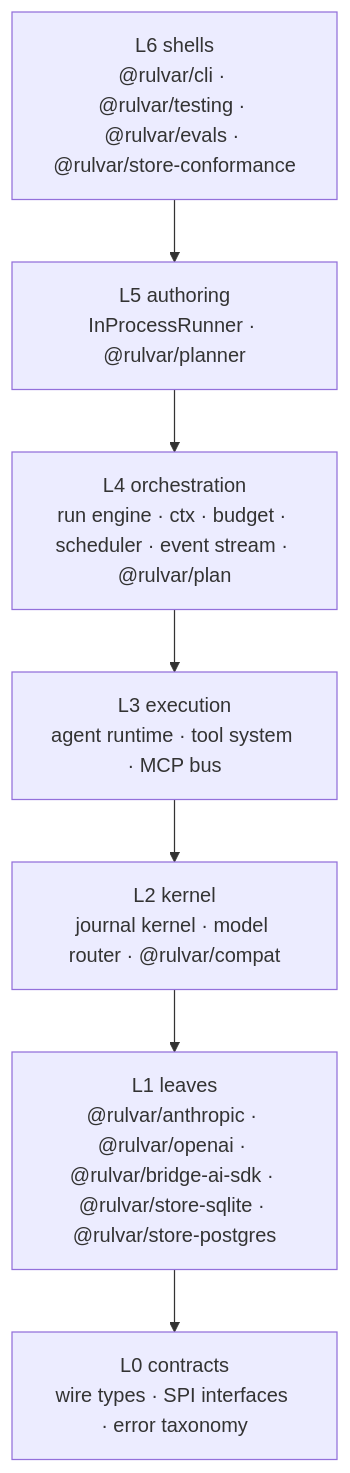
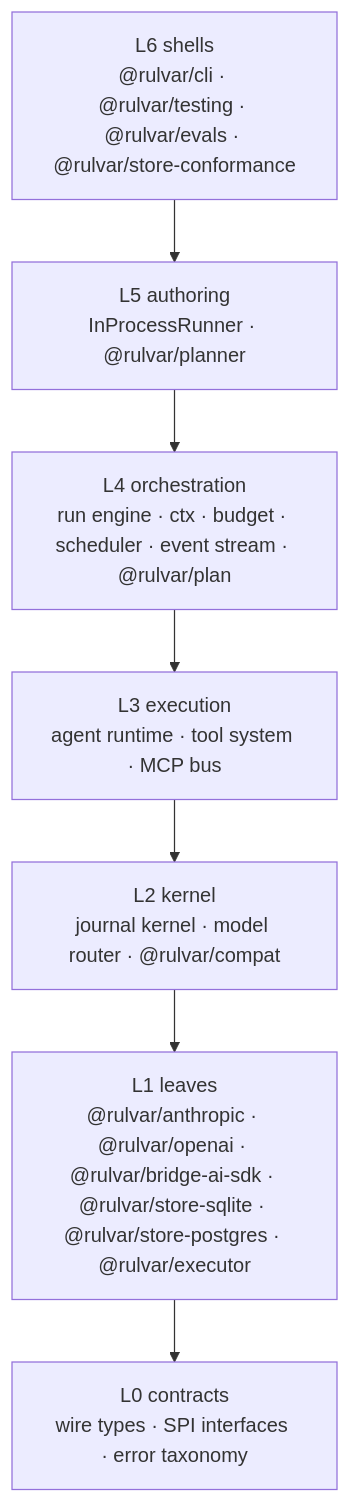
Before and after one commit to o-stepper/rulvar: the first of 2 diagrams in docs/guide/architecture.md, drawn with Mermaid. The commit also changed other lines of this file and 27 other files, not shown here.

````diff
--- a/docs/guide/architecture.md
+++ b/docs/guide/architecture.md
@@ -12,12 +12,12 @@
 ```mermaid
 flowchart TB
     l6["L6 shells\n@rulvar/cli · @rulvar/testing · @rulvar/evals · @rulvar/store-conformance"]
     l5["L5 authoring\nInProcessRunner · @rulvar/planner"]
     l4["L4 orchestration\nrun engine · ctx · budget · scheduler · event stream · @rulvar/plan"]
     l3["L3 execution\nagent runtime · tool system · MCP bus"]
     l2["L2 kernel\njournal kernel · model router · @rulvar/compat"]
-    l1["L1 leaves\n@rulvar/anthropic · @rulvar/openai · @rulvar/bridge-ai-sdk · @rulvar/store-sqlite · @rulvar/store-postgres"]
+    l1["L1 leaves\n@rulvar/anthropic · @rulvar/openai · @rulvar/bridge-ai-sdk · @rulvar/store-sqlite · @rulvar/store-postgres · @rulvar/executor"]
     l0["L0 contracts\nwire types · SPI interfaces · error taxonomy"]
 
     l6 --> l5 --> l4 --> l3 --> l2 --> l1 --> l0
 ```
````
